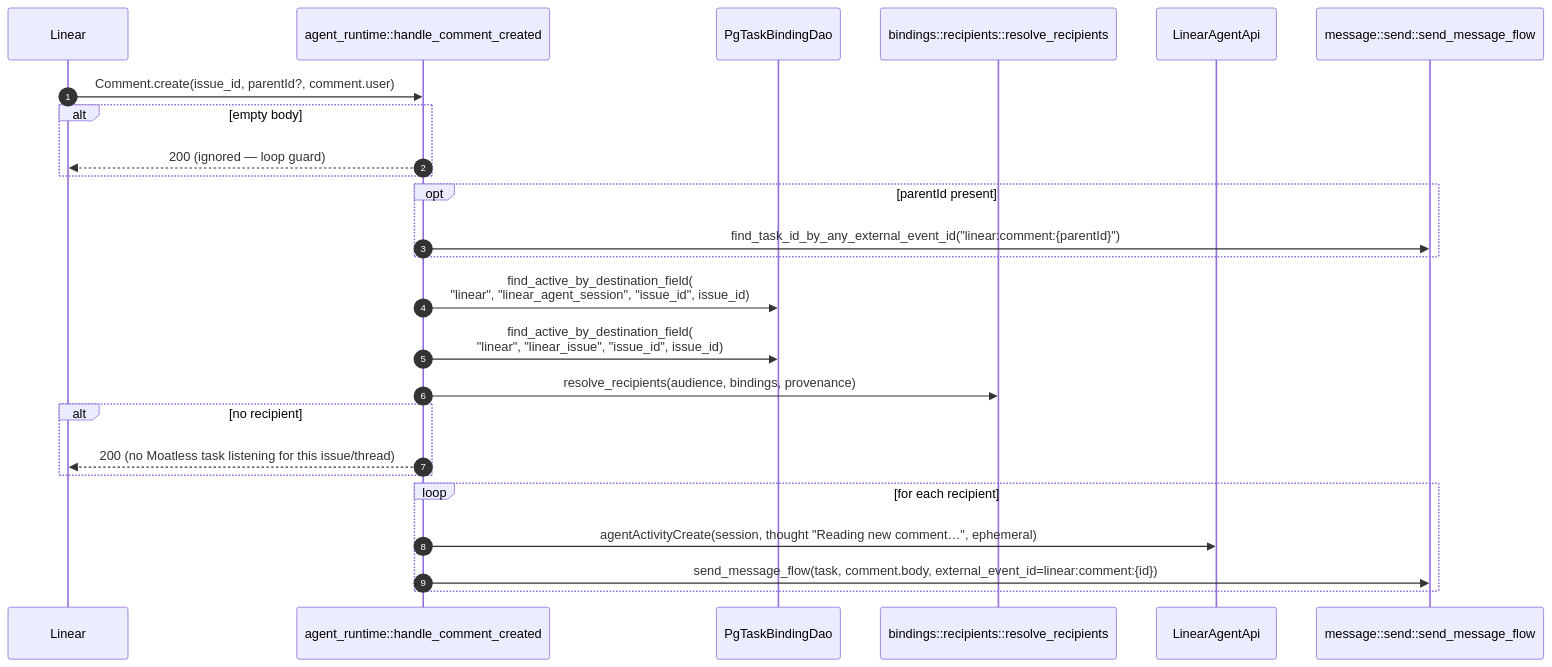
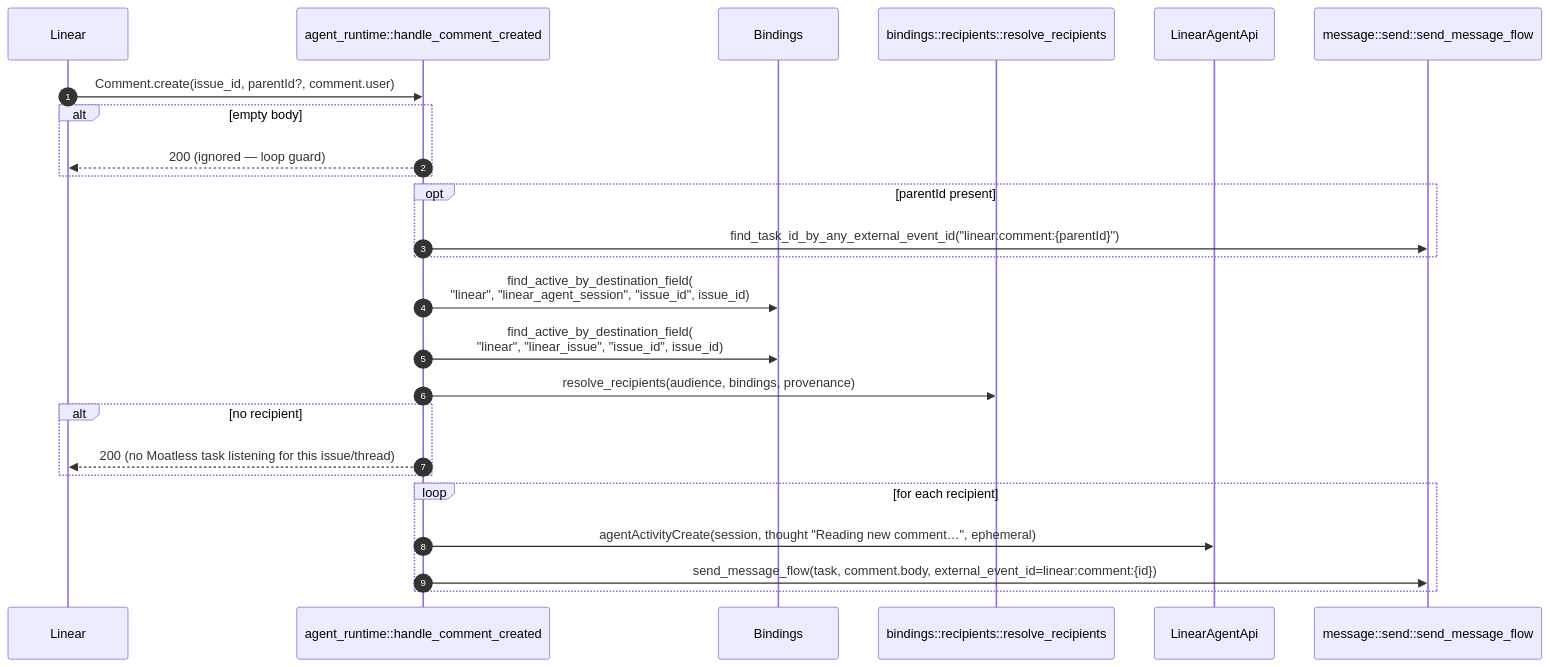
Before and after one commit to aorwall/moatless: the fourth of 9 diagrams in docs/linear-adapter.md, drawn with Mermaid. The commit also changed other lines of this file and 460 other files, not shown here.

````diff
--- a/docs/linear-adapter.md
+++ b/docs/linear-adapter.md
@@ -232,28 +232,28 @@
 ```mermaid
 sequenceDiagram
     autonumber
     participant Linear
     participant Runtime as agent_runtime::handle_comment_created
-    participant BindingRepo as PgTaskBindingDao
+    participant BindingRepo as Bindings
     participant Resolver as bindings::recipients::resolve_recipients
     participant API as LinearAgentApi
     participant MsgFlow as message::send::send_message_flow
 
     Linear->>Runtime: Comment.create(issue_id, parentId?, comment.user)
     alt empty body
         Runtime-->>Linear: 200 (ignored — loop guard)
     end
     opt parentId present
         Runtime->>MsgFlow: find_task_id_by_any_external_event_id("linear:comment:{parentId}")
     end
     Runtime->>BindingRepo: find_active_by_destination_field(<br/>"linear", "linear_agent_session", "issue_id", issue_id)
     Runtime->>BindingRepo: find_active_by_destination_field(<br/>"linear", "linear_issue", "issue_id", issue_id)
     Runtime->>Resolver: resolve_recipients(audience, bindings, provenance)
     alt no recipient
         Runtime-->>Linear: 200 (no Moatless task listening for this issue/thread)
     end
     loop for each recipient
         Runtime->>API: agentActivityCreate(session, thought "Reading new comment…", ephemeral)
         Runtime->>MsgFlow: send_message_flow(task, comment.body, external_event_id=linear:comment:{id})
     end
 ```
````
